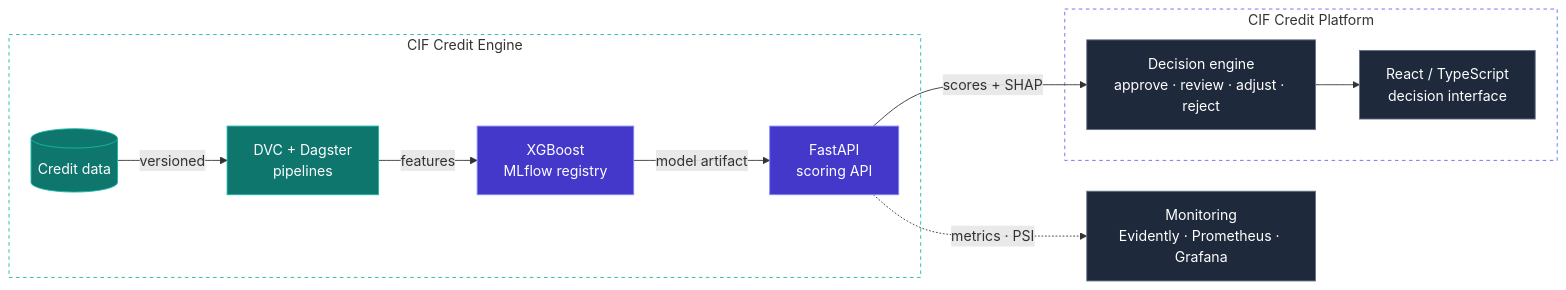
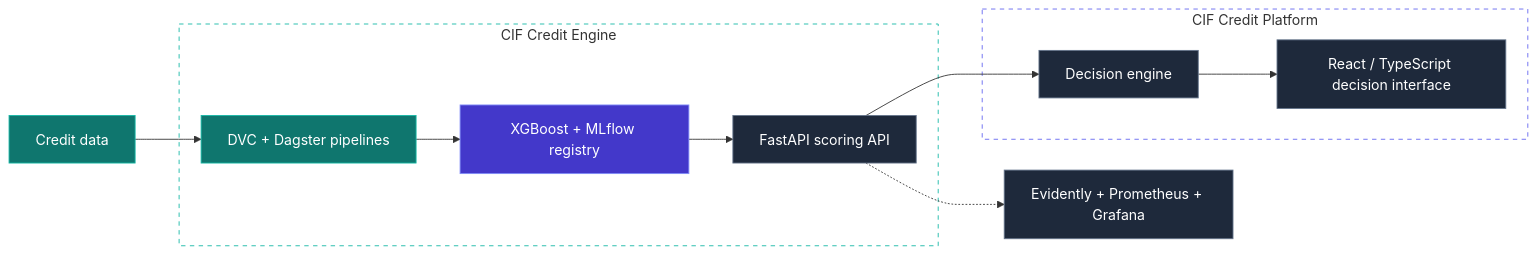
Before and after one commit to Sow221/Sow221: the diagram in README.md, drawn with Mermaid. The commit also changed other lines of this file, not shown here.

````diff
--- a/README.md
+++ b/README.md
@@ -121,29 +148,40 @@
 ```mermaid
 flowchart LR
-    D[("Credit data")] -->|versioned| P["DVC + Dagster<br/>pipelines"]
-    P -->|features| T["XGBoost<br/>MLflow registry"]
-    T -->|model artifact| API["FastAPI<br/>scoring API"]
-    API -->|scores + SHAP| DE["Decision engine<br/>approve · review · adjust · reject"]
-    DE --> UI["React / TypeScript<br/>decision interface"]
-    API -.->|metrics · PSI| M["Monitoring<br/>Evidently · Prometheus · Grafana"]
+
+    D[Credit data]
+    P[DVC + Dagster pipelines]
+    M[XGBoost + MLflow registry]
+    A[FastAPI scoring API]
+    E[Decision engine]
+    U[React / TypeScript decision interface]
+    O[Evidently + Prometheus + Grafana]
+
+    D --> P
+    P --> M
+    M --> A
+    A --> E
+    E --> U
+    A -.-> O
 
     subgraph ENGINE["CIF Credit Engine"]
-        D
         P
-        T
-        API
+        M
+        A
     end
+
     subgraph PLATFORM["CIF Credit Platform"]
-        DE
-        UI
+        E
+        U
     end
 
     classDef data fill:#0F766E,stroke:#14B8A6,color:#FFFFFF
     classDef ml fill:#4338CA,stroke:#818CF8,color:#FFFFFF
     classDef app fill:#1E293B,stroke:#64748B,color:#FFFFFF
+
     class D,P data
-    class T,API ml
-    class DE,UI,M app
-    style ENGINE fill:transparent,stroke:#14B8A6,stroke-dasharray:4 4
-    style PLATFORM fill:transparent,stroke:#6366F1,stroke-dasharray:4 4
+    class M ml
+    class A,E,U,O app
+
+    style ENGINE fill:transparent,stroke:#14B8A6,stroke-dasharray:5 5
+    style PLATFORM fill:transparent,stroke:#6366F1,stroke-dasharray:5 5
 ```
````
